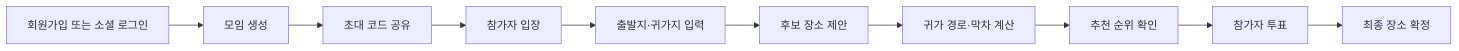
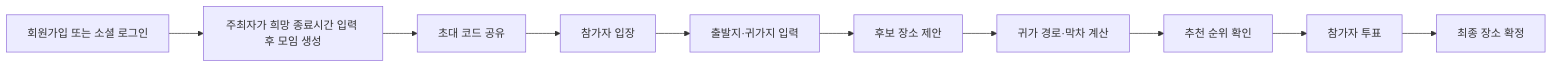
One commit to nembutal-sw/meetback changed the second of 4 diagrams in README.md. Above: the diagram before and after it, drawn with Mermaid. The commit also changed other lines of this file, not shown here.

Commit message:
docs: 모임 생성 희망 종료시간 안내 추가

````diff
--- a/README.md
+++ b/README.md
@@ -59,12 +59,12 @@
 ```mermaid
 flowchart LR
-    A[회원가입 또는 소셜 로그인] --> B[모임 생성]
+    A[회원가입 또는 소셜 로그인] --> B[주최자가 희망 종료시간 입력 후 모임 생성]
     B --> C[초대 코드 공유]
     C --> D[참가자 입장]
     D --> E[출발지·귀가지 입력]
     E --> F[후보 장소 제안]
     F --> G[귀가 경로·막차 계산]
     G --> H[추천 순위 확인]
     H --> I[참가자 투표]
     I --> J[최종 장소 확정]
 ```
````
